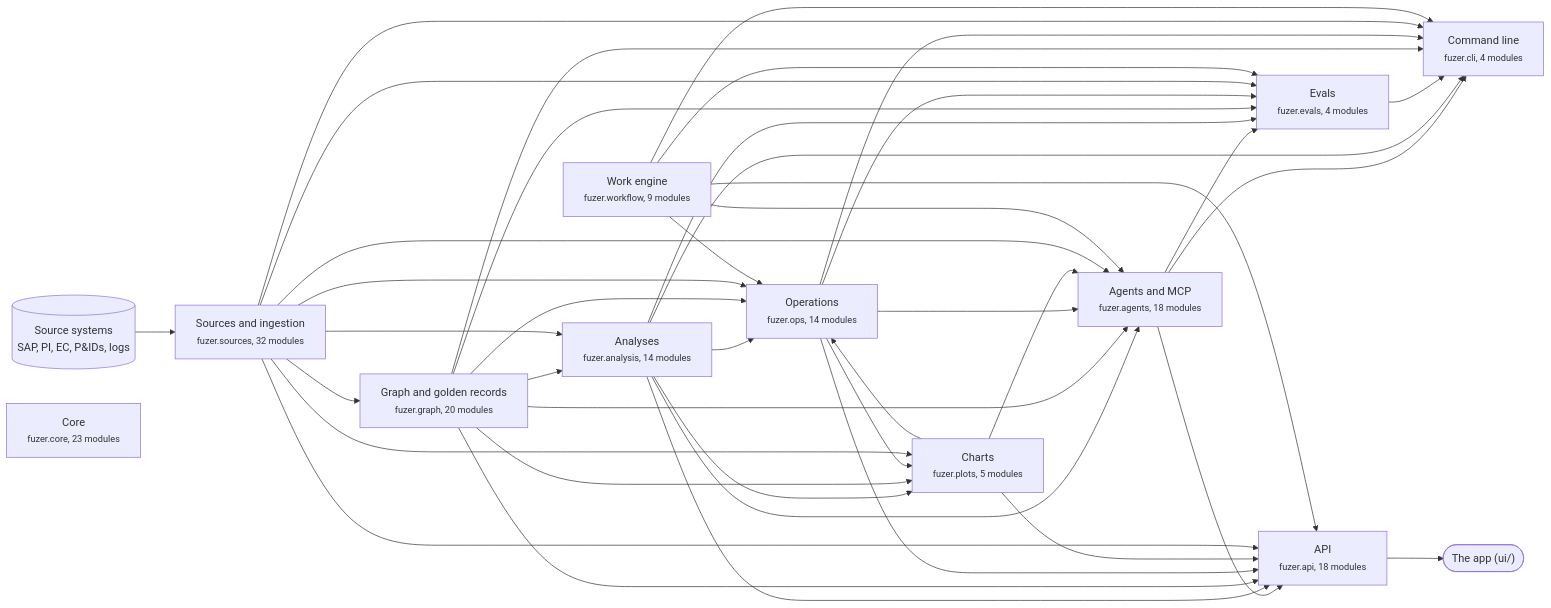
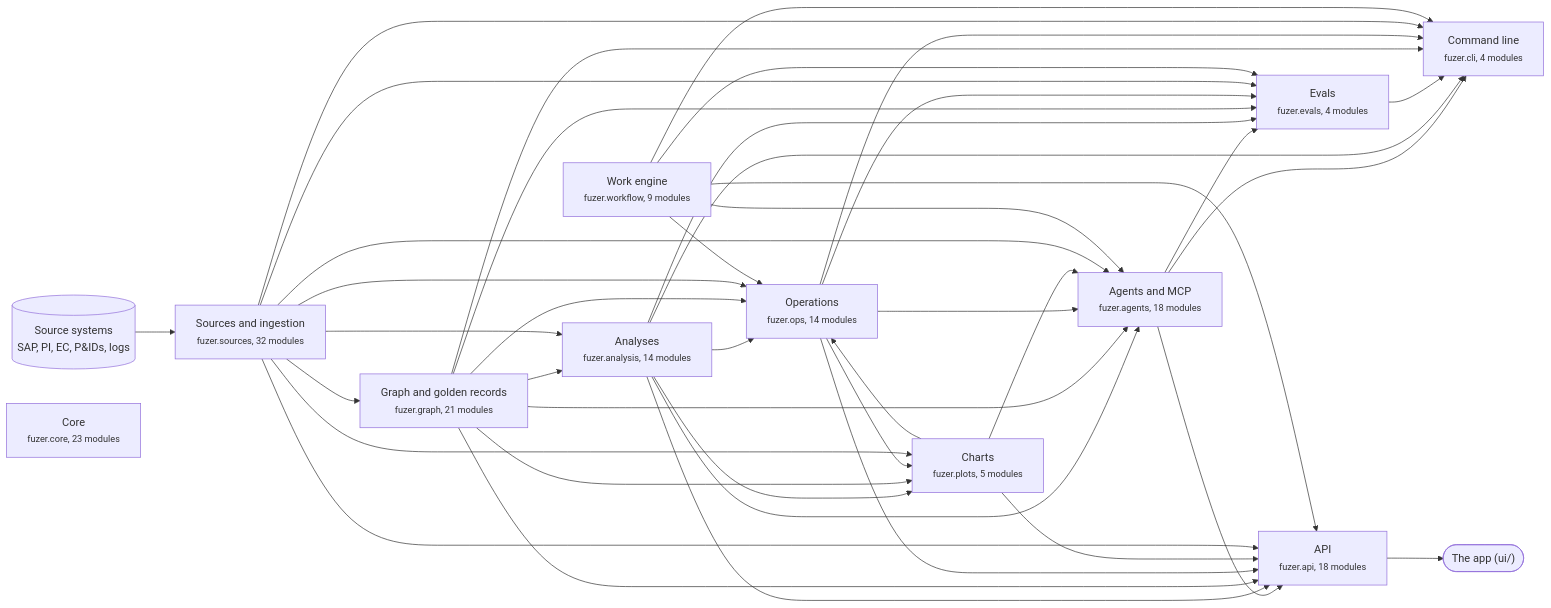
One commit to areed145/fuzer changed the first of 3 diagrams in docs/architecture.md. Above: the diagram before and after it, drawn with Mermaid. The commit also changed other lines of this file and 9 other files, not shown here.

````diff
--- a/docs/architecture.md
+++ b/docs/architecture.md
@@ -8,66 +8,66 @@
 ```mermaid
 flowchart LR
   systems[("Source systems<br>SAP, PI, EC, P&IDs, logs")] --> c_sources
   app(["The app (ui/)"])
   c_api --> app
   c_sources["Sources and ingestion<br><small>fuzer.sources, 32 modules</small>"]
-  c_graph["Graph and golden records<br><small>fuzer.graph, 20 modules</small>"]
+  c_graph["Graph and golden records<br><small>fuzer.graph, 21 modules</small>"]
   c_analysis["Analyses<br><small>fuzer.analysis, 14 modules</small>"]
   c_ops["Operations<br><small>fuzer.ops, 14 modules</small>"]
   c_plots["Charts<br><small>fuzer.plots, 5 modules</small>"]
   c_workflow["Work engine<br><small>fuzer.workflow, 9 modules</small>"]
   c_agents["Agents and MCP<br><small>fuzer.agents, 18 modules</small>"]
   c_evals["Evals<br><small>fuzer.evals, 4 modules</small>"]
   c_api["API<br><small>fuzer.api, 18 modules</small>"]
   c_cli["Command line<br><small>fuzer.cli, 4 modules</small>"]
   c_core["Core<br><small>fuzer.core, 23 modules</small>"]
   c_sources --> c_graph
   c_graph --> c_analysis
   c_sources --> c_analysis
   c_analysis --> c_ops
   c_graph --> c_ops
   c_plots --> c_ops
   c_sources --> c_ops
   c_workflow --> c_ops
   c_analysis --> c_plots
   c_graph --> c_plots
   c_ops --> c_plots
   c_sources --> c_plots
   c_analysis --> c_agents
   c_graph --> c_agents
   c_ops --> c_agents
   c_plots --> c_agents
   c_sources --> c_agents
   c_workflow --> c_agents
   c_agents --> c_evals
   c_analysis --> c_evals
   c_graph --> c_evals
   c_ops --> c_evals
   c_sources --> c_evals
   c_workflow --> c_evals
   c_agents --> c_api
   c_analysis --> c_api
   c_graph --> c_api
   c_ops --> c_api
   c_plots --> c_api
   c_sources --> c_api
   c_workflow --> c_api
   c_agents --> c_cli
   c_analysis --> c_cli
   c_evals --> c_cli
   c_graph --> c_cli
   c_ops --> c_cli
   c_sources --> c_cli
   c_workflow --> c_cli
   click c_sources "https://github.com/areed145/fuzer/tree/main/src/fuzer/sources"
   click c_graph "https://github.com/areed145/fuzer/tree/main/src/fuzer/graph"
   click c_analysis "https://github.com/areed145/fuzer/tree/main/src/fuzer/analysis"
   click c_ops "https://github.com/areed145/fuzer/tree/main/src/fuzer/ops"
   click c_plots "https://github.com/areed145/fuzer/tree/main/src/fuzer/plots"
   click c_workflow "https://github.com/areed145/fuzer/tree/main/src/fuzer/workflow"
   click c_agents "https://github.com/areed145/fuzer/tree/main/src/fuzer/agents"
   click c_evals "https://github.com/areed145/fuzer/tree/main/src/fuzer/evals"
   click c_api "https://github.com/areed145/fuzer/tree/main/src/fuzer/api"
   click c_cli "https://github.com/areed145/fuzer/tree/main/src/fuzer/cli"
   click c_core "https://github.com/areed145/fuzer/tree/main/src/fuzer/core"
 ```
````
